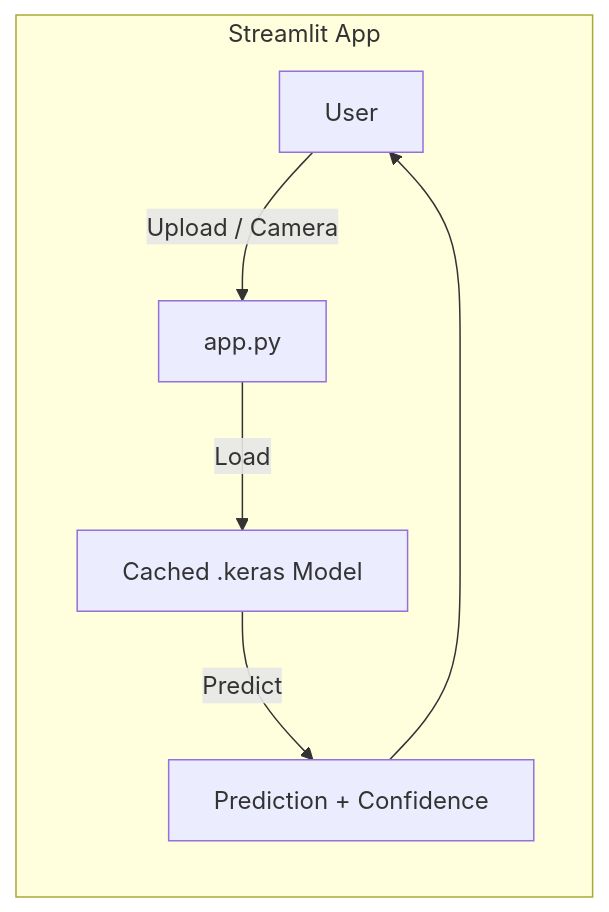
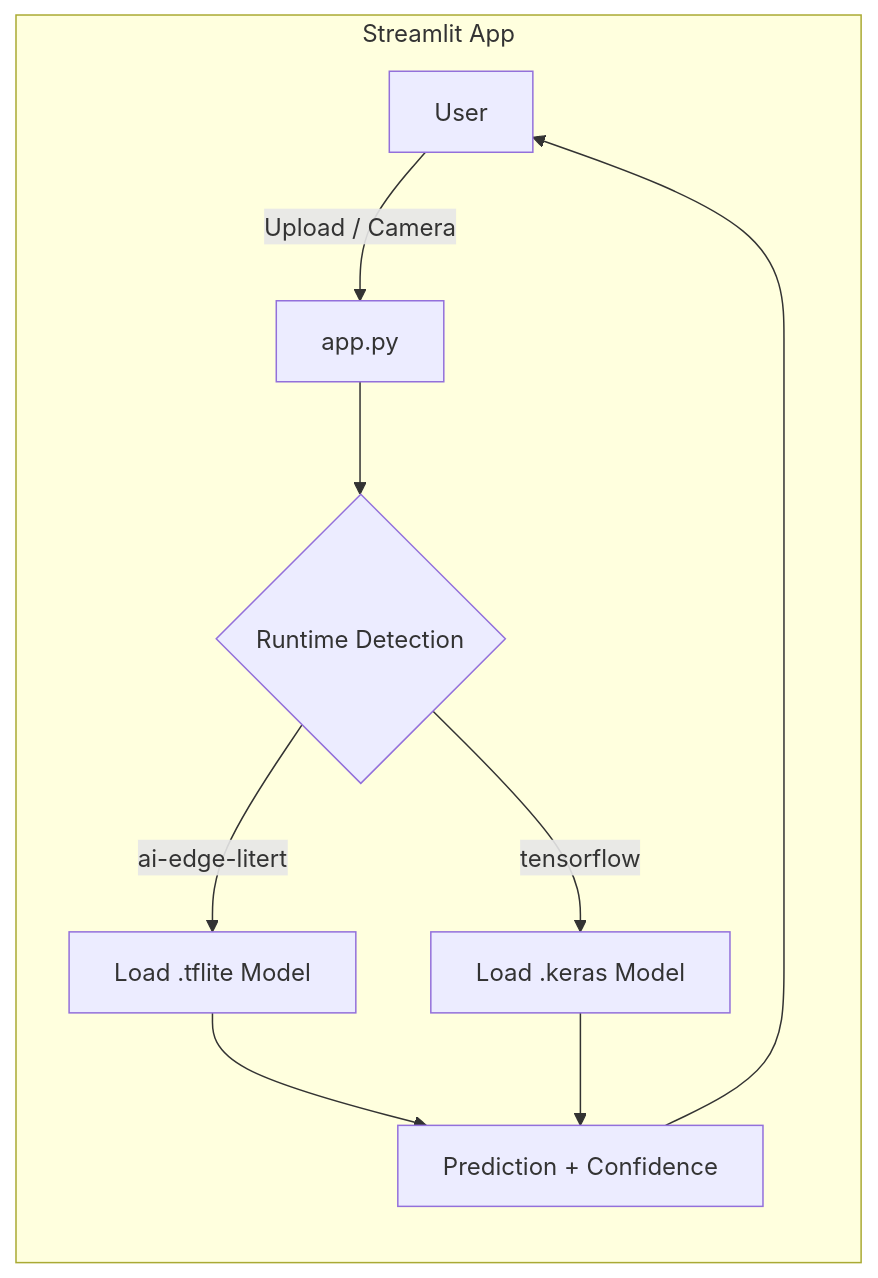
One commit to rawad-yared/package-damage-detection-deep-learning changed the fourth of 4 diagrams in README.md. Above: the diagram before and after it, drawn with Mermaid. The commit also changed other lines of this file and 7 other files, not shown here.

First line of the commit message:
Add TFLite models and dual-runtime support for Streamlit Cloud deployment

````diff
--- a/README.md
+++ b/README.md
@@ -114,9 +115,12 @@
 ```mermaid
 flowchart LR
     subgraph Streamlit App
         U["User"] -->|Upload / Camera| APP["app.py"]
-        APP -->|Load| M["Cached .keras Model"]
-        M -->|Predict| R["Prediction + Confidence"]
+        APP --> RT{"Runtime Detection"}
+        RT -->|ai-edge-litert| TFL["Load .tflite Model"]
+        RT -->|tensorflow| KER["Load .keras Model"]
+        TFL --> R["Prediction + Confidence"]
+        KER --> R
         R --> U
     end
 ```
````
